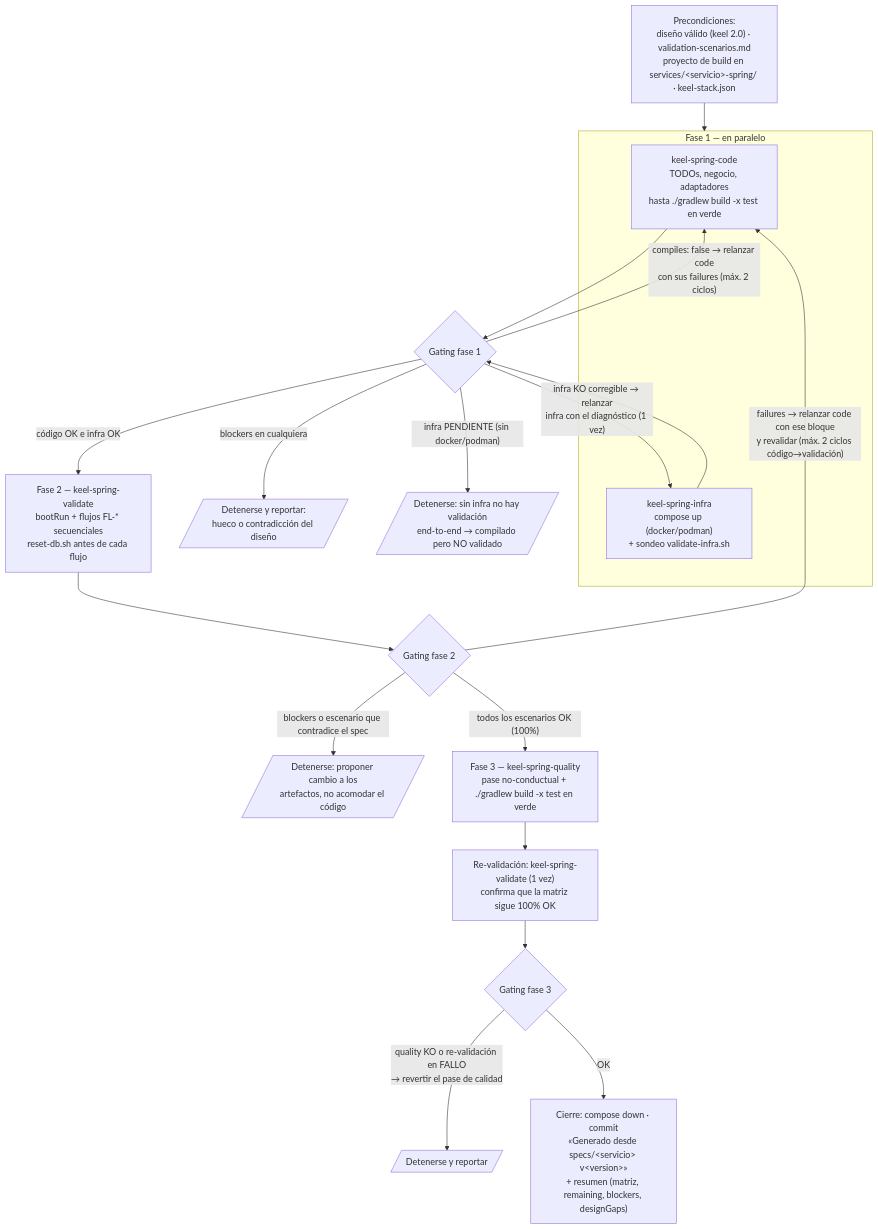
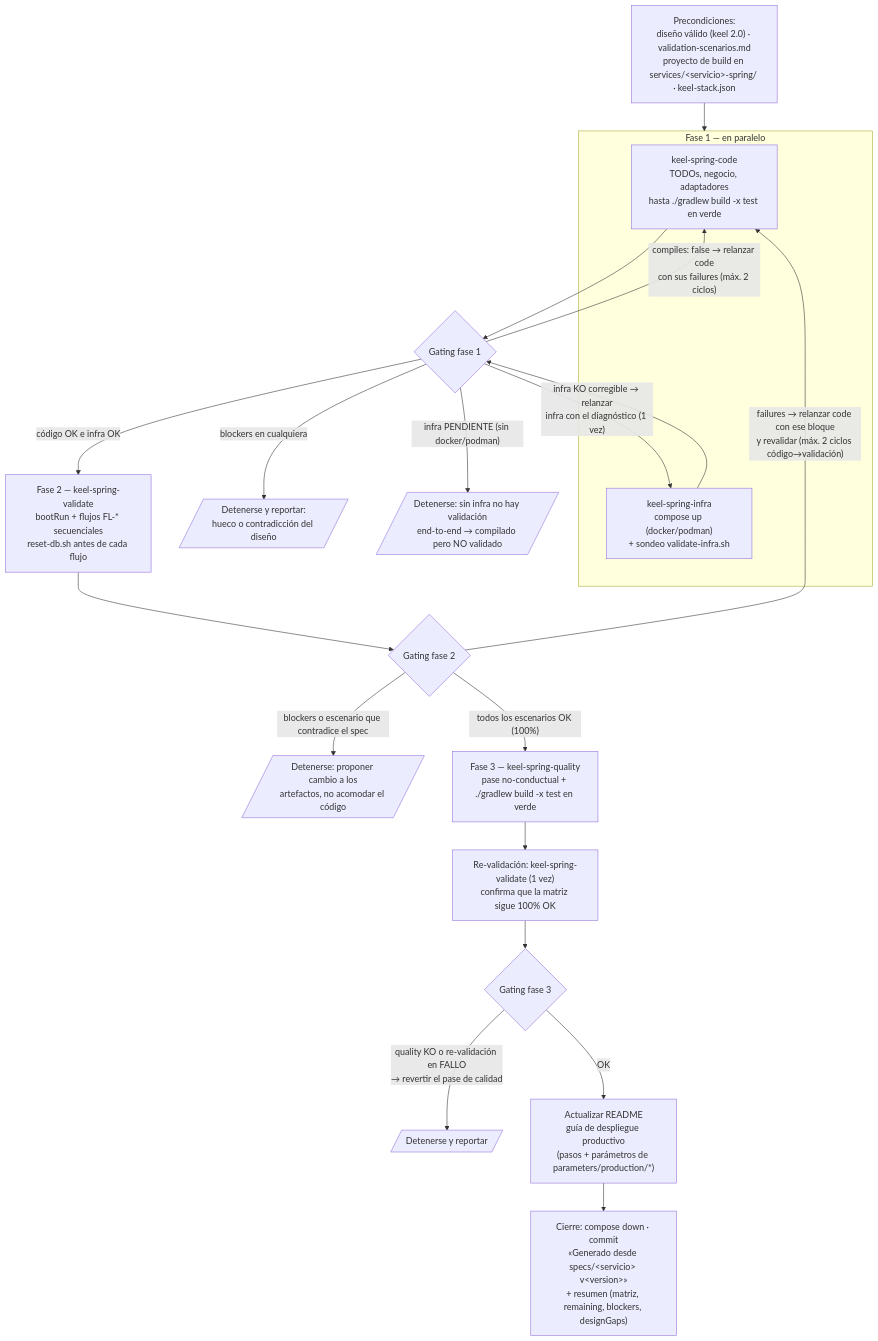
One commit to keel-system/keel changed the diagram in packages/keel-spring/assets/generators/spring/orchestration.md. Above: the diagram before and after it, drawn with Mermaid. The commit also changed other lines of this file and 4 other files, not shown here.

````diff
--- a/packages/keel-spring/assets/generators/spring/orchestration.md
+++ b/packages/keel-spring/assets/generators/spring/orchestration.md
@@ -28,30 +28,31 @@
 ```mermaid
 flowchart TB
     PRE["Precondiciones:<br/>diseño válido (keel 2.0) · validation-scenarios.md<br/>proyecto de build en services/&lt;servicio&gt;-spring/ · keel-stack.json"]
 
     PRE --> F1
     subgraph F1["Fase 1 — en paralelo"]
         CODE["keel-spring-code<br/>TODOs, negocio, adaptadores<br/>hasta ./gradlew build -x test en verde"]
         INFRA["keel-spring-infra<br/>compose up (docker/podman)<br/>+ sondeo validate-infra.sh"]
     end
 
     CODE --> GATE1{Gating fase 1}
     INFRA --> GATE1
     GATE1 -->|"compiles: false → relanzar code<br/>con sus failures (máx. 2 ciclos)"| CODE
     GATE1 -->|"infra KO corregible → relanzar<br/>infra con el diagnóstico (1 vez)"| INFRA
     GATE1 -->|"blockers en cualquiera"| STOP1[/"Detenerse y reportar:<br/>hueco o contradicción del diseño"/]
     GATE1 -->|"infra PENDIENTE (sin docker/podman)"| STOP0[/"Detenerse: sin infra no hay validación<br/>end-to-end → compilado pero NO validado"/]
     GATE1 -->|código OK e infra OK| VALIDATE
 
     VALIDATE["Fase 2 — keel-spring-validate<br/>bootRun + flujos FL-* secuenciales<br/>reset-db.sh antes de cada flujo"]
     VALIDATE --> GATE2{Gating fase 2}
     GATE2 -->|"failures → relanzar code con ese bloque<br/>y revalidar (máx. 2 ciclos código→validación)"| CODE
     GATE2 -->|"blockers o escenario que contradice el spec"| STOP2[/"Detenerse: proponer cambio a los<br/>artefactos, no acomodar el código"/]
     GATE2 -->|"todos los escenarios OK (100%)"| QUALITY
 
     QUALITY["Fase 3 — keel-spring-quality<br/>pase no-conductual + ./gradlew build -x test en verde"]
     QUALITY --> REVAL["Re-validación: keel-spring-validate (1 vez)<br/>confirma que la matriz sigue 100% OK"]
     REVAL --> GATE3{Gating fase 3}
     GATE3 -->|"quality KO o re-validación en FALLO<br/>→ revertir el pase de calidad"| STOP3[/"Detenerse y reportar"/]
-    GATE3 -->|OK| CLOSE["Cierre: compose down · commit<br/>«Generado desde specs/&lt;servicio&gt; v&lt;version&gt;»<br/>+ resumen (matriz, remaining, blockers, designGaps)"]
+    GATE3 -->|OK| README["Actualizar README<br/>guía de despliegue productivo<br/>(pasos + parámetros de parameters/production/*)"]
+    README --> CLOSE["Cierre: compose down · commit<br/>«Generado desde specs/&lt;servicio&gt; v&lt;version&gt;»<br/>+ resumen (matriz, remaining, blockers, designGaps)"]
 ```
````
